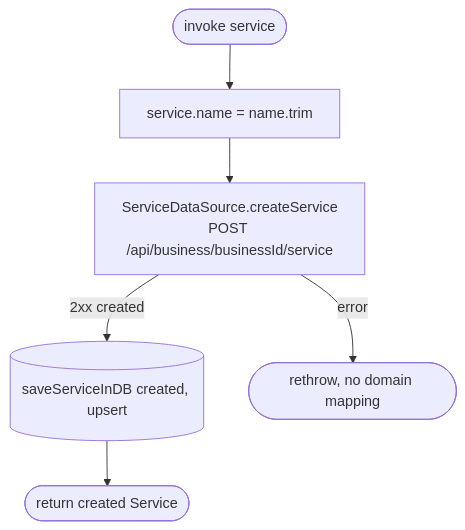
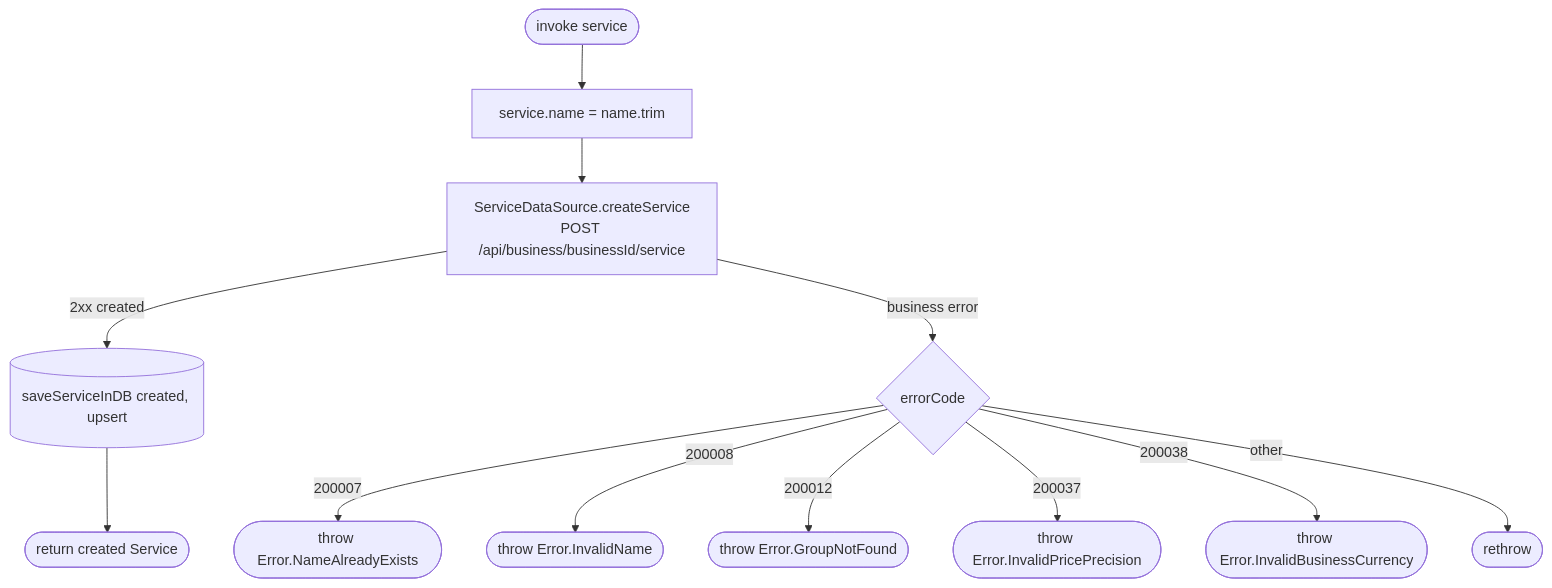
One commit to nocturneproperties/bookkme-client changed the diagram in docs/operations/services/create-service.md. Above: the diagram before and after it, drawn with Mermaid. The commit also changed 223 other files, not shown here.

````diff
--- a/docs/operations/services/create-service.md
+++ b/docs/operations/services/create-service.md
@@ -10,8 +10,14 @@
 ```mermaid
 flowchart TD
     Start([invoke service]) --> Trim[service.name = name.trim]
     Trim --> Net[ServiceDataSource.createService<br/>POST /api/business/businessId/service]
     Net -- 2xx created --> Save[(saveServiceInDB created, upsert)]
     Save --> R([return created Service])
-    Net -- error --> EX([rethrow, no domain mapping])
+    Net -- business error --> Code{errorCode}
+    Code -- 200007 --> E200007([throw Error.NameAlreadyExists])
+    Code -- 200008 --> E200008([throw Error.InvalidName])
+    Code -- 200012 --> E200012([throw Error.GroupNotFound])
+    Code -- 200037 --> E200037([throw Error.InvalidPricePrecision])
+    Code -- 200038 --> E200038([throw Error.InvalidBusinessCurrency])
+    Code -- other --> EX([rethrow])
 ```
````
